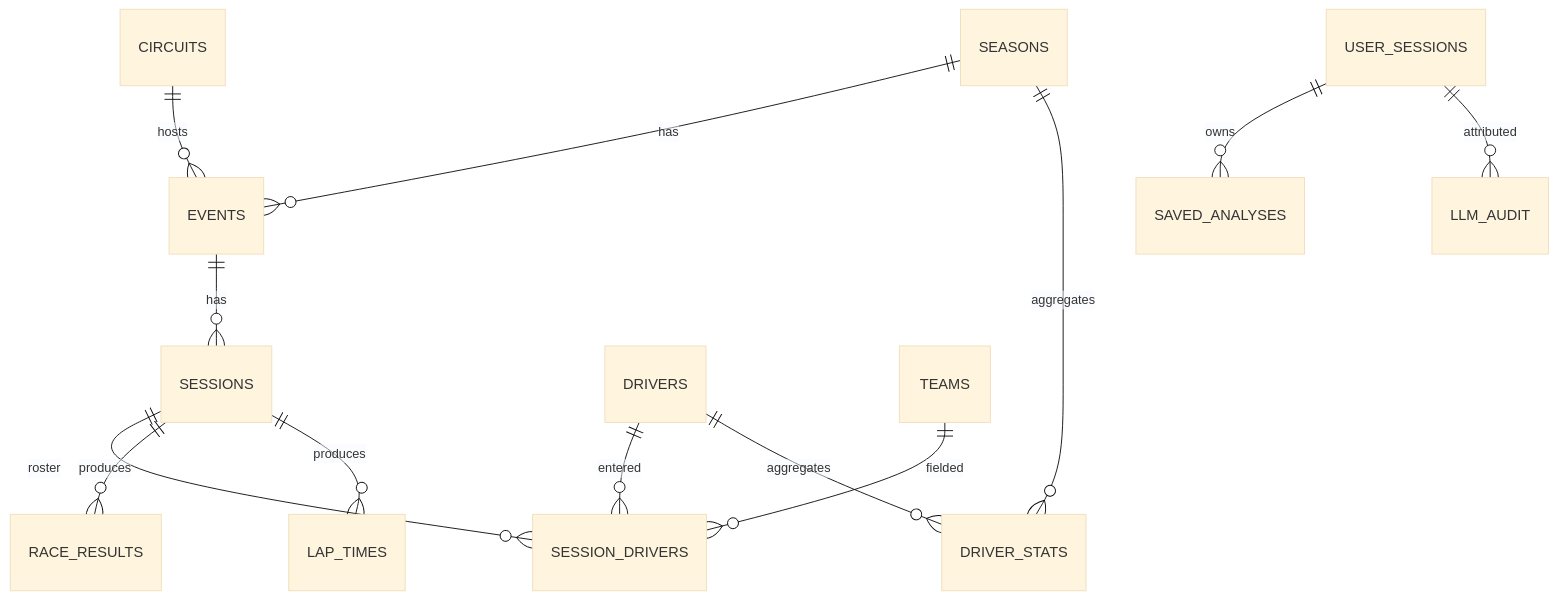
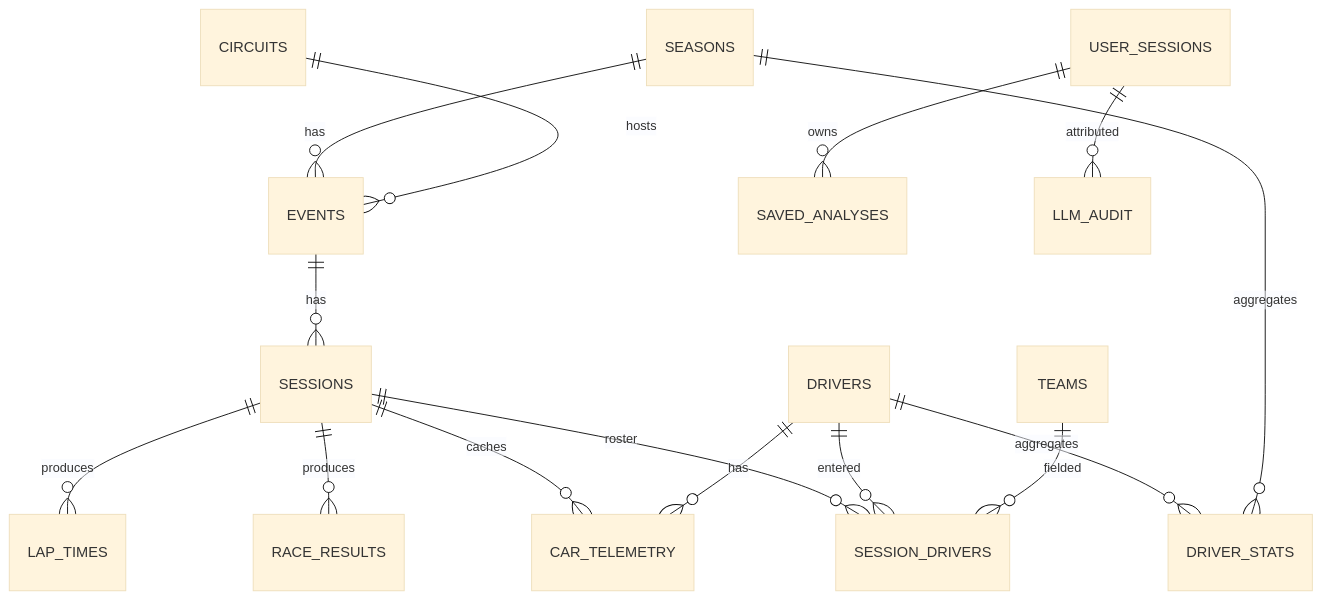
Before and after one commit to aswath950/driver-dna: the third of 3 diagrams in README.md, drawn with Mermaid (base theme). The commit also changed other lines of this file and 8 other files, not shown here.

````diff
--- a/README.md
+++ b/README.md
@@ -94,15 +303,17 @@
 ```mermaid
 erDiagram
     SEASONS ||--o{ EVENTS : has
     CIRCUITS ||--o{ EVENTS : hosts
     EVENTS  ||--o{ SESSIONS : has
     SESSIONS ||--o{ SESSION_DRIVERS : roster
     SESSIONS ||--o{ RACE_RESULTS : produces
     SESSIONS ||--o{ LAP_TIMES : produces
+    SESSIONS ||--o{ CAR_TELEMETRY : caches
     DRIVERS ||--o{ SESSION_DRIVERS : entered
+    DRIVERS ||--o{ CAR_TELEMETRY : has
     TEAMS   ||--o{ SESSION_DRIVERS : fielded
     DRIVERS ||--o{ DRIVER_STATS : aggregates
     SEASONS ||--o{ DRIVER_STATS : aggregates
     USER_SESSIONS ||--o{ SAVED_ANALYSES : owns
     USER_SESSIONS ||--o{ LLM_AUDIT : attributed
 ```
````
